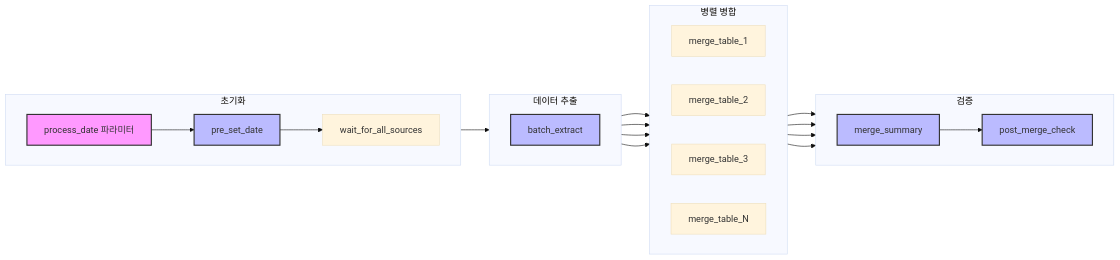
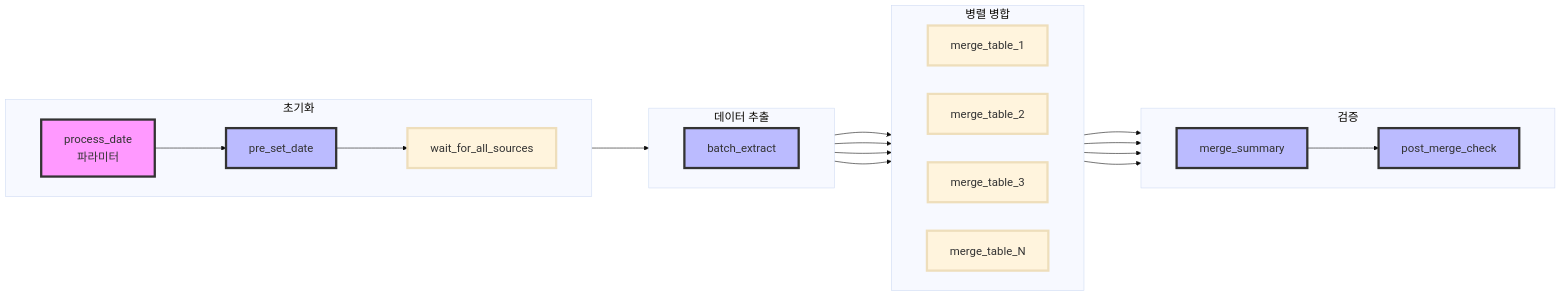
One commit to yeokyeong-yoon/yeokyeong-yoon.github.io changed the seventh of 11 diagrams in _posts/2025-03-18-etl-pipeline.md. Above: the diagram before and after it, drawn with Mermaid. The commit also changed other lines of this file, not shown here.

Commit message:
docs: Increase diagram size and improve readability with larger fonts and better spacing

````diff
--- a/_posts/2025-03-18-etl-pipeline.md
+++ b/_posts/2025-03-18-etl-pipeline.md
@@ -325,46 +325,68 @@
 ```mermaid
-%%{init: {'theme': 'base', 'themeVariables': { 'fontSize': '16px'}}}%%
+%%{init: {
+  'theme': 'base',
+  'themeVariables': {
+    'fontSize': '20px',
+    'fontFamily': 'arial',
+    'lineHeight': '1.5',
+    'textAlignment': 'center'
+  },
+  'flowchart': {
+    'nodeSpacing': 50,
+    'rankSpacing': 100,
+    'padding': 20,
+    'width': '100%',
+    'height': '100%'
+  }
+}}%%
 graph LR
     subgraph "초기화"
         direction LR
-        P1[process_date 파라미터]
+        P1[process_date<br/>파라미터]
         T1[pre_set_date]
         T2[wait_for_all_sources]
         P1 --> T1 --> T2
     end
     
     subgraph "데이터 추출"
         direction LR
         T3[batch_extract]
         T2 --> T3
     end
     
     subgraph "병렬 병합"
         direction LR
         T4[merge_table_1]
         T5[merge_table_2]
         T6[merge_table_3]
         T7[merge_table_N]
         T3 --> T4
         T3 --> T5
         T3 --> T6
         T3 --> T7
     end
     
     subgraph "검증"
         direction LR
         T8[merge_summary]
         T9[post_merge_check]
         T4 --> T8
         T5 --> T8
         T6 --> T8
         T7 --> T8
         T8 --> T9
     end
     
-    style P1 fill:#f9f,stroke:#333,stroke-width:2px
-    style T1 fill:#bbf,stroke:#333,stroke-width:2px
-    style T3 fill:#bbf,stroke:#333,stroke-width:2px
-    style T8 fill:#bbf,stroke:#333,stroke-width:2px
-    style T9 fill:#bbf,stroke:#333,stroke-width:2px
+    style P1 fill:#f9f,stroke:#333,stroke-width:4px
+    style T1 fill:#bbf,stroke:#333,stroke-width:4px
+    style T3 fill:#bbf,stroke:#333,stroke-width:4px
+    style T8 fill:#bbf,stroke:#333,stroke-width:4px
+    style T9 fill:#bbf,stroke:#333,stroke-width:4px
+    
+    %% 노드 스타일 통일
+    style T2 stroke-width:4px
+    style T4 stroke-width:4px
+    style T5 stroke-width:4px
+    style T6 stroke-width:4px
+    style T7 stroke-width:4px
 ```
````
